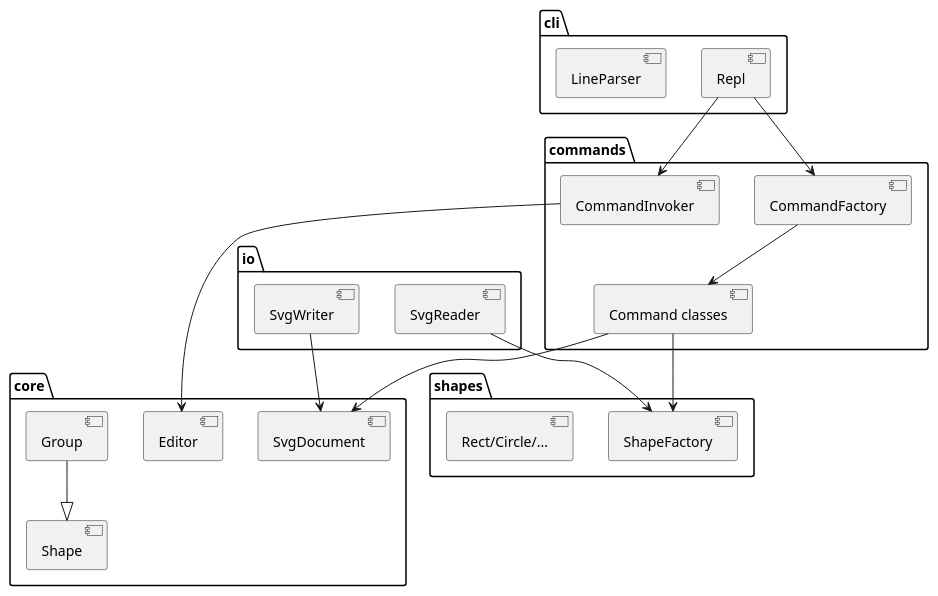
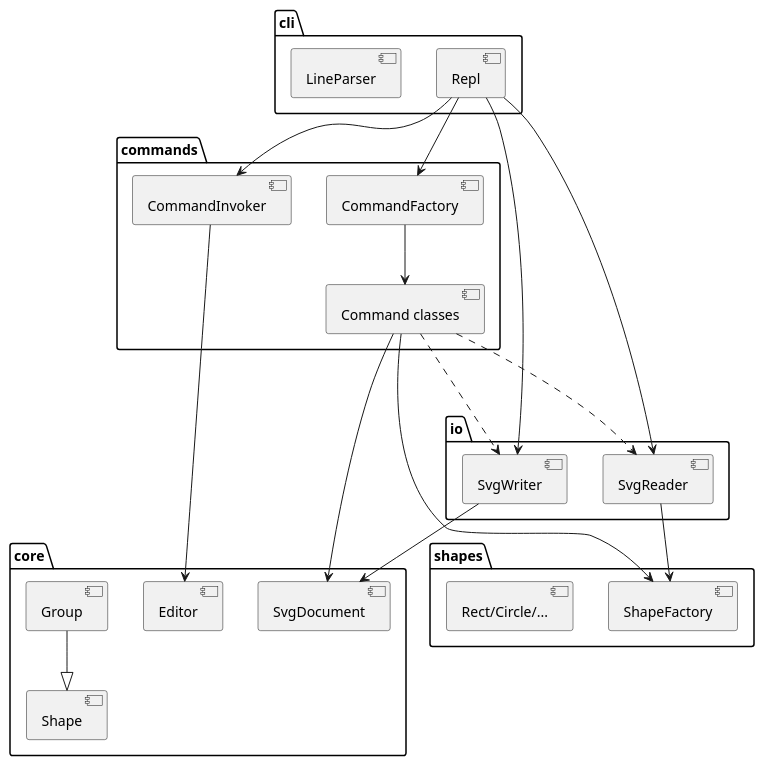
One commit to 567szy/SVGdesign changed the diagram in doc/README.md. Above: the diagram before and after it, drawn with PlantUML. The commit also changed other lines of this file, not shown here.

````diff
--- a/doc/README.md
+++ b/doc/README.md
@@ -15,36 +15,40 @@
 ```plantuml
 @startuml
 package cli {
   [Repl]
   [LineParser]
 }
 package commands {
   [CommandFactory]
   [CommandInvoker]
   [Command classes]
 }
 package core {
   [Editor]
   [SvgDocument]
   [Shape]
   [Group]
 }
 package shapes {
   [ShapeFactory]
   [Rect/Circle/...]
 }
 package io {
   [SvgReader]
   [SvgWriter]
 }
 [Repl] --> [CommandFactory]
 [Repl] --> [CommandInvoker]
+[Repl] --> [SvgReader]
+[Repl] --> [SvgWriter]
 [CommandFactory] --> [Command classes]
 [CommandInvoker] --> [Editor]
 [Command classes] --> [SvgDocument]
 [Command classes] --> [ShapeFactory]
+[Command classes] -.-> [SvgReader]
+[Command classes] -.-> [SvgWriter]
 [SvgReader] --> [ShapeFactory]
 [SvgWriter] --> [SvgDocument]
 [Group] --|> [Shape]
 @enduml
 ```
````
